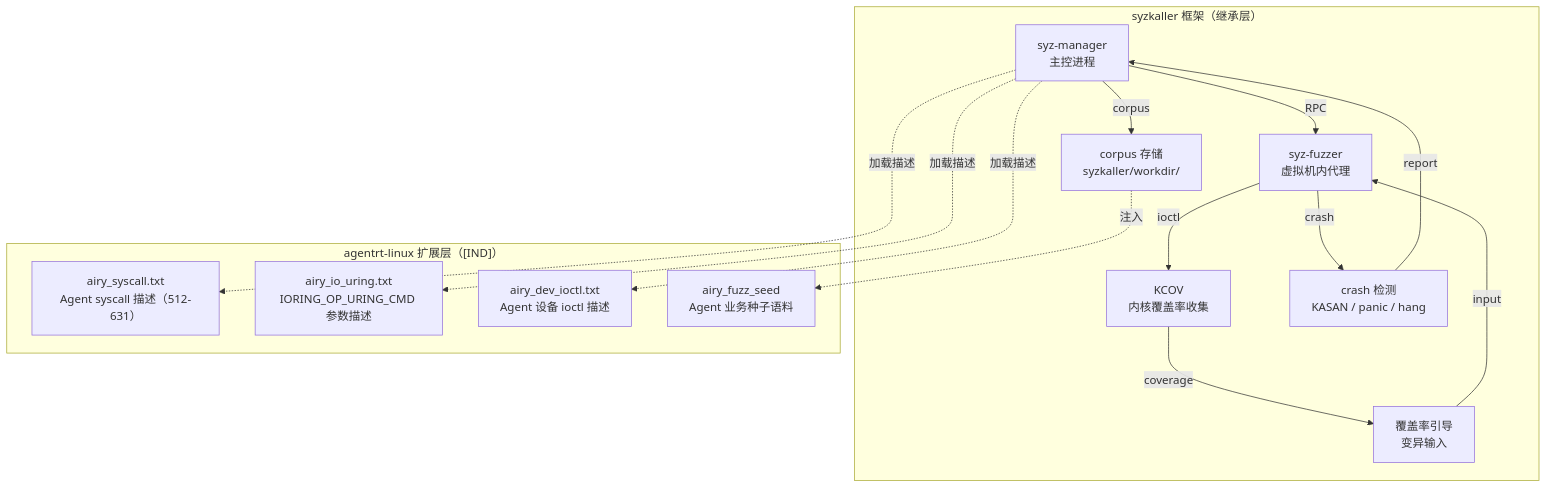
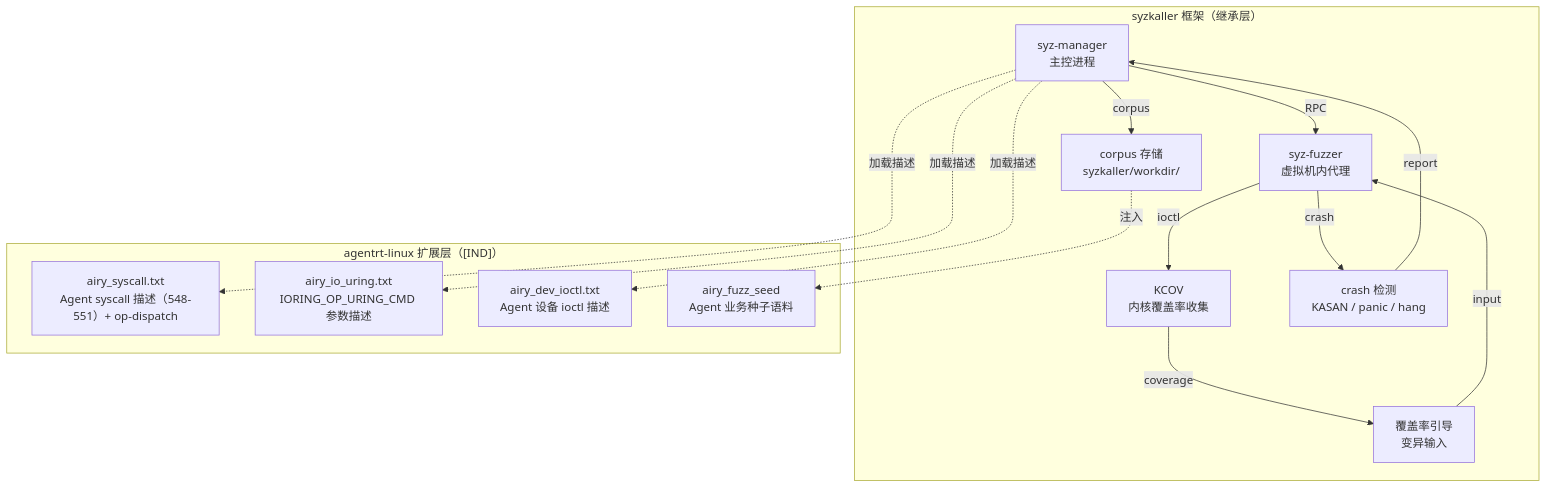
Before and after one commit to SpharxTeam/Docs: the diagram in AirymaxOS/80-testing/09-fuzz-testing.md, drawn with Mermaid. The commit also changed other lines of this file and 50 other files, not shown here.

````diff
--- a/AirymaxOS/80-testing/09-fuzz-testing.md
+++ b/AirymaxOS/80-testing/09-fuzz-testing.md
@@ -46,28 +47,28 @@
 ```mermaid
 flowchart TB
     subgraph "syzkaller 框架（继承层）"
         A["syz-manager<br/>主控进程"]
         B["syz-fuzzer<br/>虚拟机内代理"]
         C["KCOV<br/>内核覆盖率收集"]
         D["覆盖率引导<br/>变异输入"]
         E["crash 检测<br/>KASAN / panic / hang"]
         F["corpus 存储<br/>syzkaller/workdir/"]
     end
     A -->|RPC| B
     B -->|ioctl| C
     C -->|coverage| D
     D -->|input| B
     B -->|crash| E
     E -->|report| A
     A -->|corpus| F
     subgraph "agentrt-linux 扩展层（[IND]）"
-        G["airy_syscall.txt<br/>Agent syscall 描述（512-631）"]
+        G["airy_syscall.txt<br/>Agent syscall 描述（548-551）+ op-dispatch"]
         H["airy_io_uring.txt<br/>IORING_OP_URING_CMD 参数描述"]
         I["airy_dev_ioctl.txt<br/>Agent 设备 ioctl 描述"]
         J["airy_fuzz_seed<br/>Agent 业务种子语料"]
     end
     A -.->|加载描述| G
     A -.->|加载描述| H
     A -.->|加载描述| I
     F -.->|注入| J
 ```
````
